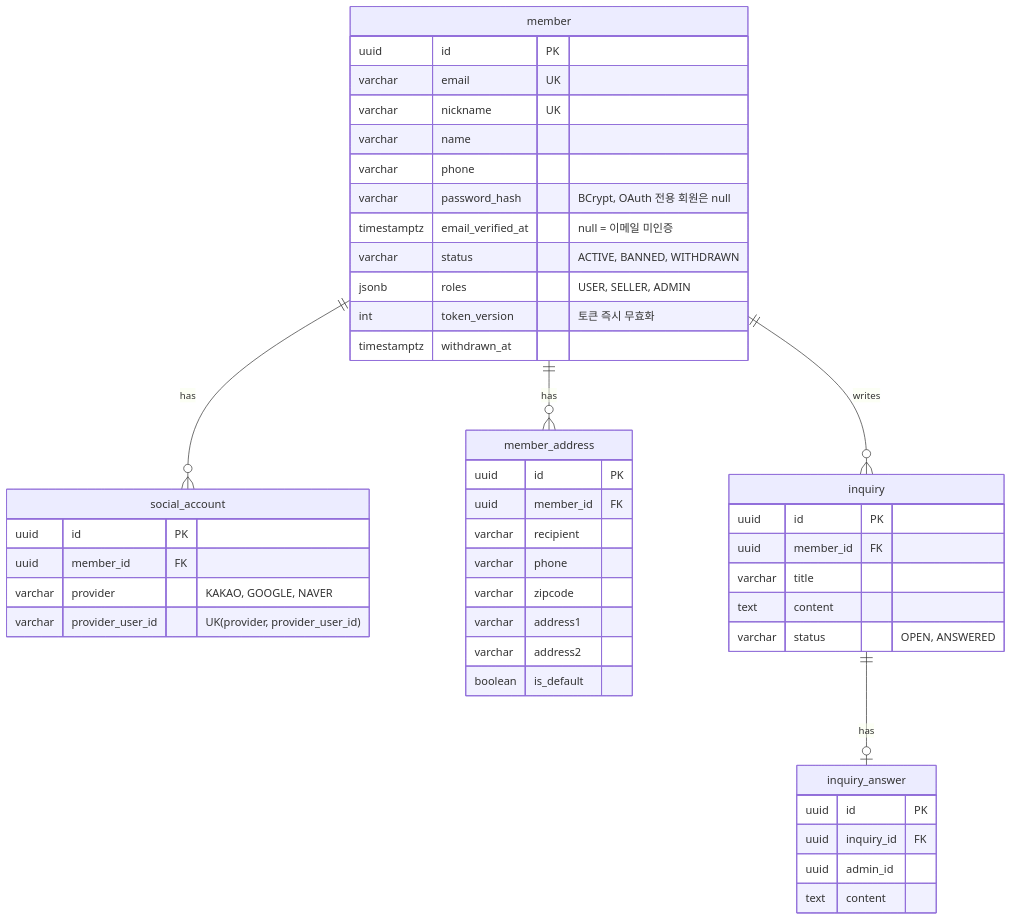
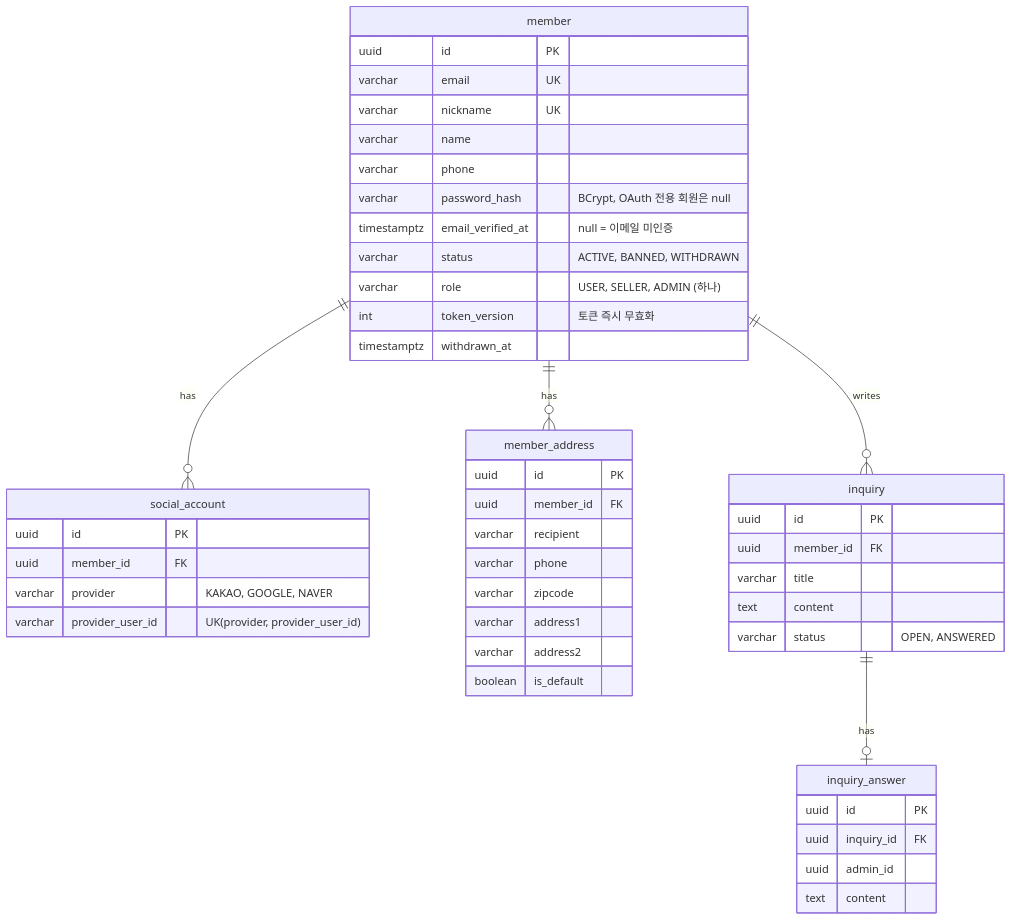
The first of 10 diagrams in docs/02-design/03-erd.md (95twan/myroutine-v2), drawn with Mermaid before and after one commit. The commit also changed other lines of this file and 27 other files, not shown here.

````diff
--- a/docs/02-design/03-erd.md
+++ b/docs/02-design/03-erd.md
@@ -13,49 +16,49 @@
 ```mermaid
 erDiagram
   member ||--o{ social_account : has
   member ||--o{ member_address : has
   member ||--o{ inquiry : writes
   inquiry ||--o| inquiry_answer : has
   member {
     uuid id PK
     varchar email UK
     varchar nickname UK
     varchar name
     varchar phone
     varchar password_hash "BCrypt, OAuth 전용 회원은 null"
     timestamptz email_verified_at "null = 이메일 미인증"
     varchar status "ACTIVE, BANNED, WITHDRAWN"
-    jsonb roles "USER, SELLER, ADMIN"
+    varchar role "USER, SELLER, ADMIN (하나)"
     int token_version "토큰 즉시 무효화"
     timestamptz withdrawn_at
   }
   social_account {
     uuid id PK
     uuid member_id FK
     varchar provider "KAKAO, GOOGLE, NAVER"
     varchar provider_user_id "UK(provider, provider_user_id)"
   }
   member_address {
     uuid id PK
     uuid member_id FK
     varchar recipient
     varchar phone
     varchar zipcode
     varchar address1
     varchar address2
     boolean is_default
   }
   inquiry {
     uuid id PK
     uuid member_id FK
     varchar title
     text content
     varchar status "OPEN, ANSWERED"
   }
   inquiry_answer {
     uuid id PK
     uuid inquiry_id FK
     uuid admin_id
     text content
   }
 ```
````
